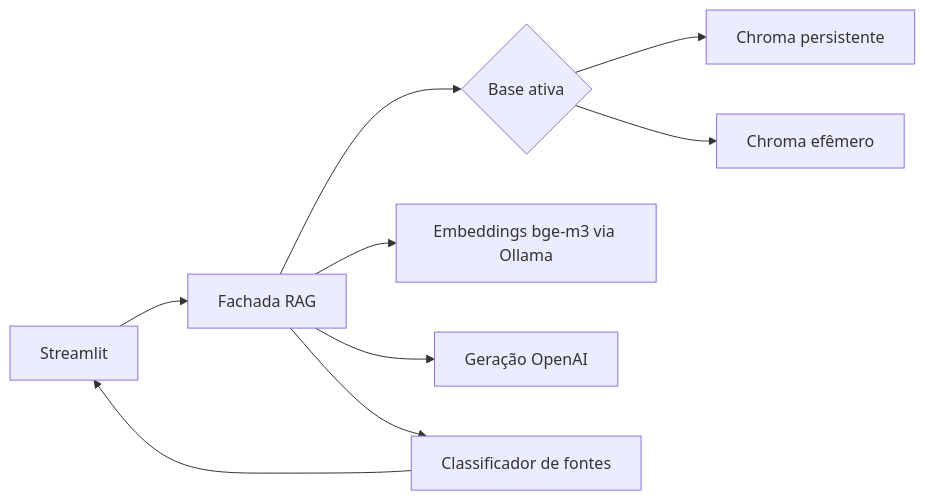
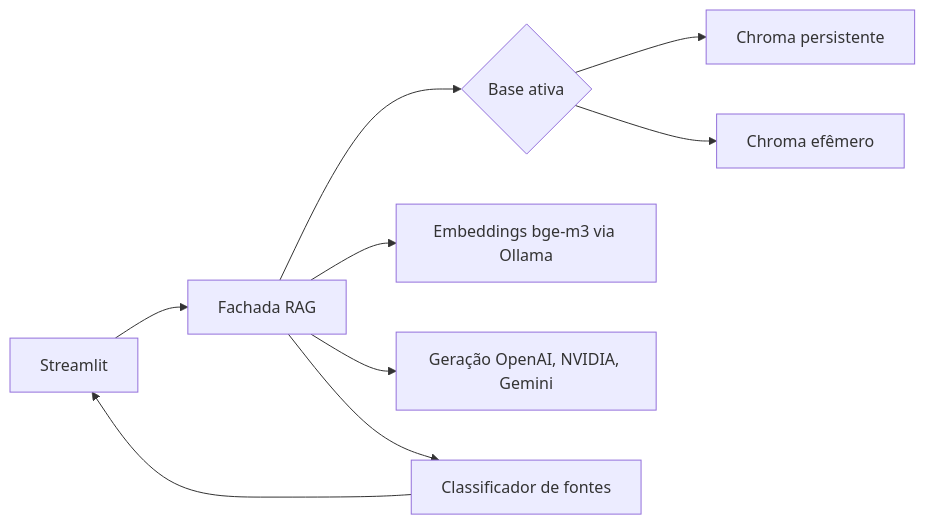
The diagram in docs/tdd/migracao-openai-rag.md (Roger-Quinelato/webinarioOllamaRAG), drawn with Mermaid before and after one commit. The commit also changed other lines of this file and 23 other files, not shown here.

````diff
--- a/docs/tdd/migracao-openai-rag.md
+++ b/docs/tdd/migracao-openai-rag.md
@@ -49,11 +49,11 @@
 ```mermaid
 flowchart LR
   UI[Streamlit] --> RAG[Fachada RAG]
   RAG --> BASE{Base ativa}
   BASE --> OFICIAL[Chroma persistente]
   BASE --> SESSAO[Chroma efêmero]
   RAG --> EMB[Embeddings bge-m3 via Ollama]
-  RAG --> GEN[Geração OpenAI]
+  RAG --> GEN[Geração OpenAI, NVIDIA, Gemini]
   RAG --> FONTES[Classificador de fontes]
   FONTES --> UI
 ```
````
